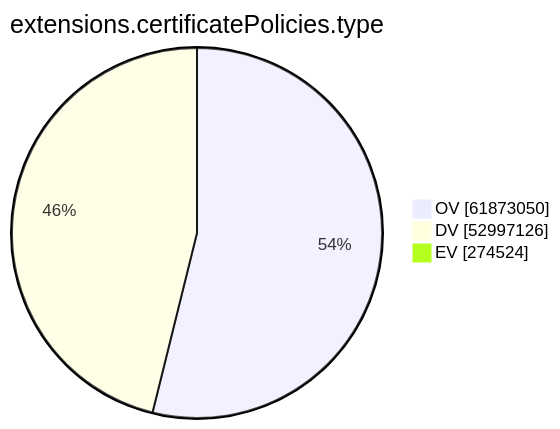
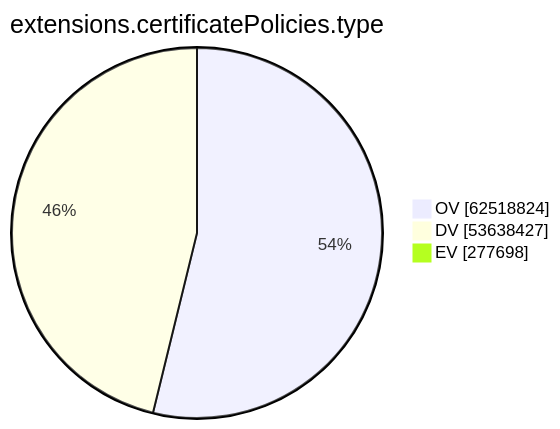
One commit to christiankrug/ctmonitor_visualization changed the ninth of 15 diagrams in xenon2023/README.md. Above: the diagram before and after it, drawn with Mermaid. The commit also changed other lines of this file, not shown here.

````diff
--- a/xenon2023/README.md
+++ b/xenon2023/README.md
@@ -2151,7 +2156,7 @@
 ```mermaid
 pie showData
 title extensions.certificatePolicies.type
-"OV" :61873050
-"DV" :52997126
-"EV" :274524
+"OV" :62518824
+"DV" :53638427
+"EV" :277698
 ```
````
